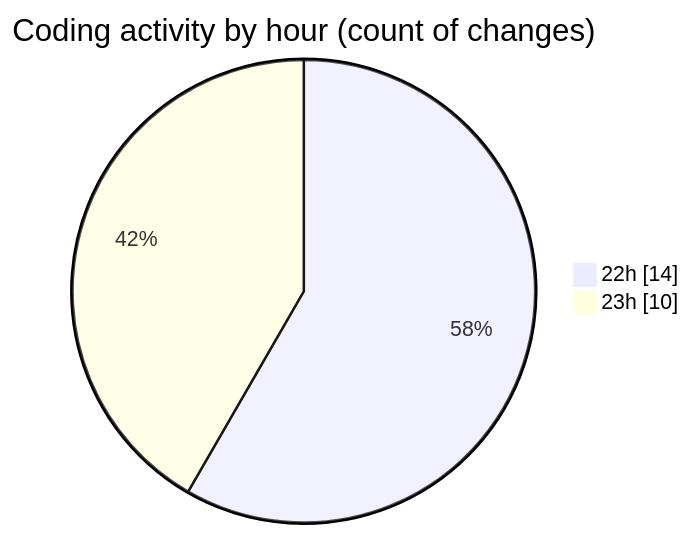
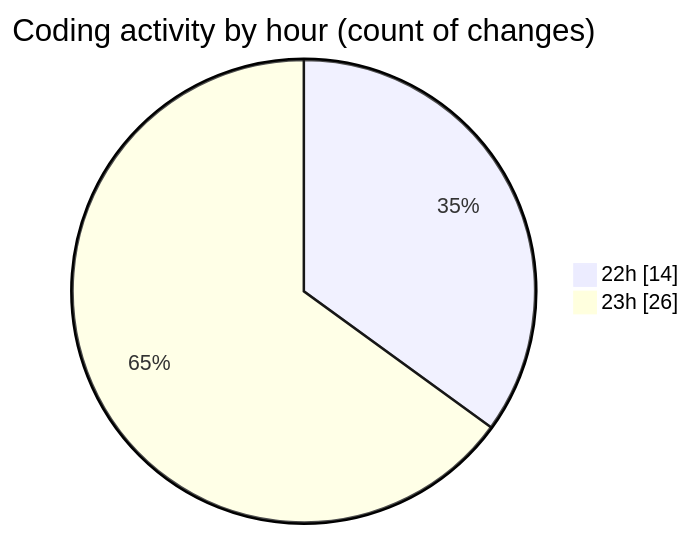
One commit to lephambinh05/code-tracking changed the second of 2 diagrams in 2025-09-14/hiai-phf/README.md. Above: the diagram before and after it, drawn with Mermaid. The commit also changed other lines of this file and 1 other file, not shown here.

````diff
--- a/2025-09-14/hiai-phf/README.md
+++ b/2025-09-14/hiai-phf/README.md
@@ -44,6 +46,6 @@
 ```mermaid
 pie showData
 title Coding activity by hour (count of changes)
 "22h" : 14
-"23h" : 10
+"23h" : 26
 ```
````
